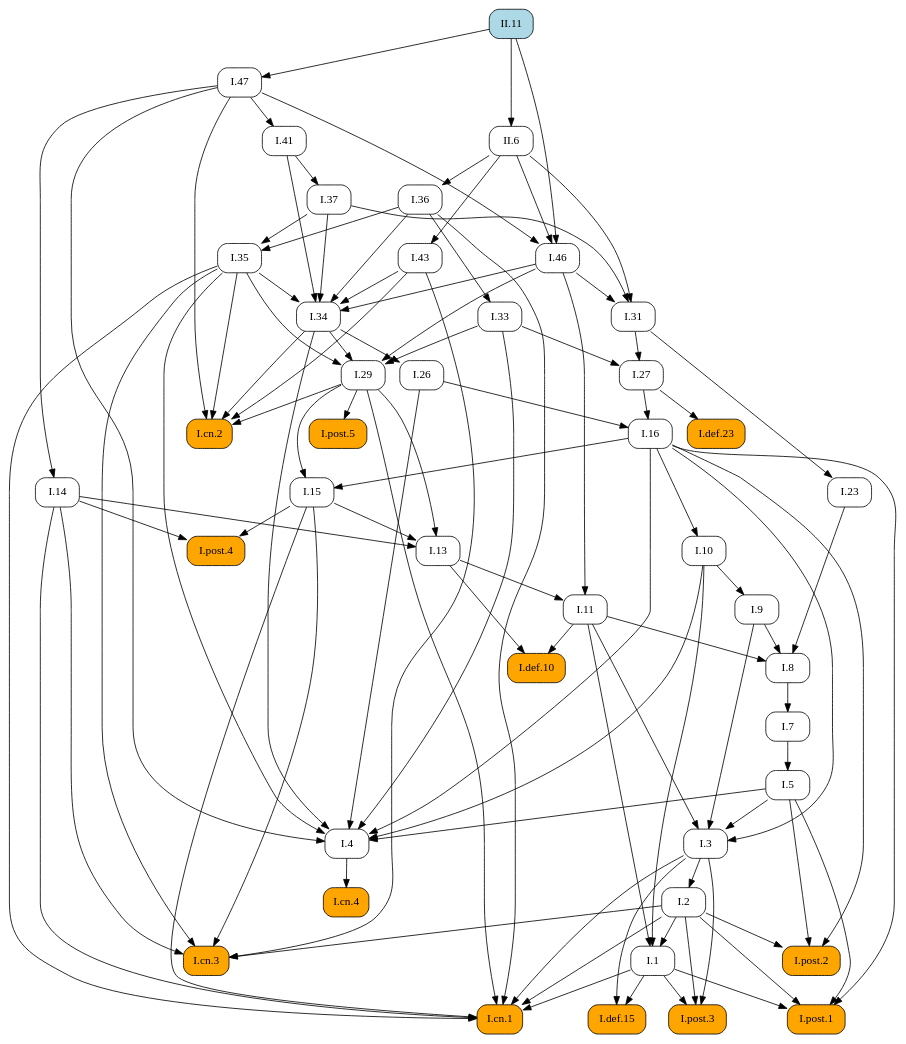
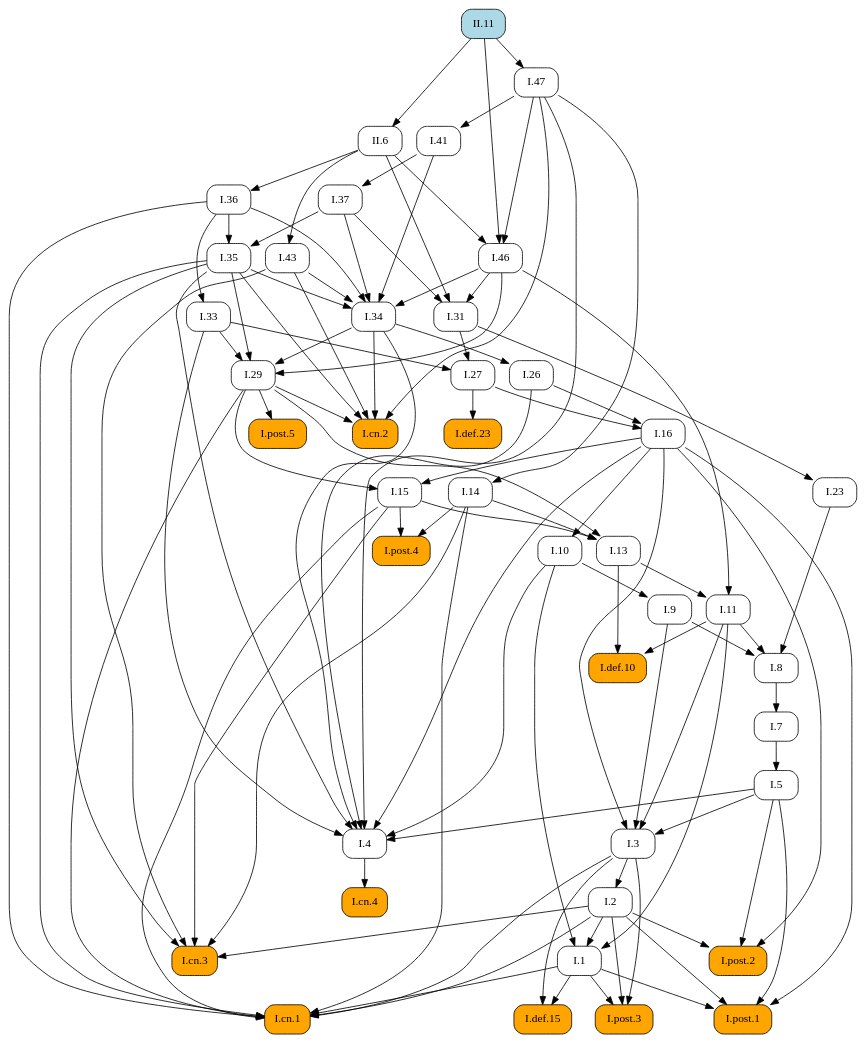
The diagram in docsrc/elements2/II/11/index.rst (geometor/elements), drawn with Graphviz before and after one commit. The commit also changed other lines of this file and 171 other files, not shown here.

```diff
--- a/docsrc/elements2/II/11/index.rst
+++ b/docsrc/elements2/II/11/index.rst
@@ -88,87 +88,126 @@
    digraph {
      rankdir="TB";
      node [shape=box, style=rounded];
+     "I.8" [URL="/elements2/I/8/", target="_top"];
+     "I.46" [URL="/elements2/I/46/", target="_top"];
+     "I.36" [URL="/elements2/I/36/", target="_top"];
+     "I.47" [URL="/elements2/I/47/", target="_top"];
+     "I.14" [URL="/elements2/I/14/", target="_top"];
+     "I.post.1" [style="rounded,filled", fillcolor=orange, URL="/elements2/I/post.1/", target="_top"];
+     "I.33" [URL="/elements2/I/33/", target="_top"];
+     "I.5" [URL="/elements2/I/5/", target="_top"];
+     "I.post.5" [style="rounded,filled", fillcolor=orange, URL="/elements2/I/post.5/", target="_top"];
+     "I.def.10" [style="rounded,filled", fillcolor=orange, URL="/elements2/I/def.10/", target="_top"];
+     "I.cn.2" [style="rounded,filled", fillcolor=orange, URL="/elements2/I/cn.2/", target="_top"];
+     "II.11" [style="rounded,filled", fillcolor=lightblue, URL="/elements2/II/11/", target="_top"];
+     "I.def.15" [style="rounded,filled", fillcolor=orange, URL="/elements2/I/def.15/", target="_top"];
+     "I.31" [URL="/elements2/I/31/", target="_top"];
+     "I.11" [URL="/elements2/I/11/", target="_top"];
+     "I.43" [URL="/elements2/I/43/", target="_top"];
+     "I.3" [URL="/elements2/I/3/", target="_top"];
+     "I.def.23" [style="rounded,filled", fillcolor=orange, URL="/elements2/I/def.23/", target="_top"];
+     "I.post.2" [style="rounded,filled", fillcolor=orange, URL="/elements2/I/post.2/", target="_top"];
+     "I.26" [URL="/elements2/I/26/", target="_top"];
+     "I.1" [URL="/elements2/I/1/", target="_top"];
+     "I.cn.3" [style="rounded,filled", fillcolor=orange, URL="/elements2/I/cn.3/", target="_top"];
+     "I.cn.4" [style="rounded,filled", fillcolor=orange, URL="/elements2/I/cn.4/", target="_top"];
+     "I.7" [URL="/elements2/I/7/", target="_top"];
+     "I.9" [URL="/elements2/I/9/", target="_top"];
+     "I.cn.1" [style="rounded,filled", fillcolor=orange, URL="/elements2/I/cn.1/", target="_top"];
+     "I.29" [URL="/elements2/I/29/", target="_top"];
+     "I.post.4" [style="rounded,filled", fillcolor=orange, URL="/elements2/I/post.4/", target="_top"];
+     "I.16" [URL="/elements2/I/16/", target="_top"];
+     "I.13" [URL="/elements2/I/13/", target="_top"];
+     "I.41" [URL="/elements2/I/41/", target="_top"];
+     "I.35" [URL="/elements2/I/35/", target="_top"];
+     "I.2" [URL="/elements2/I/2/", target="_top"];
+     "II.6" [URL="/elements2/II/6/", target="_top"];
+     "I.27" [URL="/elements2/I/27/", target="_top"];
      "I.37" [URL="/elements2/I/37/", target="_top"];
-     "I.def.10" [style="rounded,filled", fillcolor=orange, URL="/elements2/I/def.10/", target="_top"];
-     "I.46" [URL="/elements2/I/46/", target="_top"];
-     "I.47" [URL="/elements2/I/47/", target="_top"];
+     "I.4" [URL="/elements2/I/4/", target="_top"];
+     "I.10" [URL="/elements2/I/10/", target="_top"];
+     "I.15" [URL="/elements2/I/15/", target="_top"];
      "I.34" [URL="/elements2/I/34/", target="_top"];
-     "II.11" [style="rounded,filled", fillcolor=lightblue, URL="/elements2/II/11/", target="_top"];
-     "I.cn.4" [style="rounded,filled", fillcolor=orange, URL="/elements2/I/cn.4/", target="_top"];
-     "I.def.15" [style="rounded,filled", fillcolor=orange, URL="/elements2/I/def.15/", target="_top"];
+     "I.23" [URL="/elements2/I/23/", target="_top"];
      "I.post.3" [style="rounded,filled", fillcolor=orange, URL="/elements2/I/post.3/", target="_top"];
-     "I.41" [URL="/elements2/I/41/", target="_top"];
-     "I.36" [URL="/elements2/I/36/", target="_top"];
-     "I.27" [URL="/elements2/I/27/", target="_top"];
-     "I.post.2" [style="rounded,filled", fillcolor=orange, URL="/elements2/I/post.2/", target="_top"];
-     "I.13" [URL="/elements2/I/13/", target="_top"];
-     "I.10" [URL="/elements2/I/10/", target="_top"];
-     "I.post.1" [style="rounded,filled", fillcolor=orange, URL="/elements2/I/post.1/", target="_top"];
-     "I.7" [URL="/elements2/I/7/", target="_top"];
-     "II.6" [URL="/elements2/II/6/", target="_top"];
-     "I.14" [URL="/elements2/I/14/", target="_top"];
-     "I.11" [URL="/elements2/I/11/", target="_top"];
-     "I.4" [URL="/elements2/I/4/", target="_top"];
-     "I.16" [URL="/elements2/I/16/", target="_top"];
-     "I.def.23" [style="rounded,filled", fillcolor=orange, URL="/elements2/I/def.23/", target="_top"];
-     "I.9" [URL="/elements2/I/9/", target="_top"];
-     "I.8" [URL="/elements2/I/8/", target="_top"];
-     "I.cn.2" [style="rounded,filled", fillcolor=orange, URL="/elements2/I/cn.2/", target="_top"];
-     "I.15" [URL="/elements2/I/15/", target="_top"];
-     "I.post.5" [style="rounded,filled", fillcolor=orange, URL="/elements2/I/post.5/", target="_top"];
-     "I.23" [URL="/elements2/I/23/", target="_top"];
-     "I.26" [URL="/elements2/I/26/", target="_top"];
-     "I.2" [URL="/elements2/I/2/", target="_top"];
-     "I.1" [URL="/elements2/I/1/", target="_top"];
-     "I.35" [URL="/elements2/I/35/", target="_top"];
-     "I.43" [URL="/elements2/I/43/", target="_top"];
-     "I.33" [URL="/elements2/I/33/", target="_top"];
-     "I.31" [URL="/elements2/I/31/", target="_top"];
-     "I.post.4" [style="rounded,filled", fillcolor=orange, URL="/elements2/I/post.4/", target="_top"];
-     "I.cn.1" [style="rounded,filled", fillcolor=orange, URL="/elements2/I/cn.1/", target="_top"];
-     "I.3" [URL="/elements2/I/3/", target="_top"];
-     "I.cn.3" [style="rounded,filled", fillcolor=orange, URL="/elements2/I/cn.3/", target="_top"];
-     "I.29" [URL="/elements2/I/29/", target="_top"];
-     "I.5" [URL="/elements2/I/5/", target="_top"];
-     "I.41" -> "I.37";
-     "I.11" -> "I.def.10";
-     "I.13" -> "I.def.10";
+     "I.9" -> "I.8";
+     "I.11" -> "I.8";
+     "I.23" -> "I.8";
      "I.47" -> "I.46";
      "II.6" -> "I.46";
      "II.11" -> "I.46";
+     "II.6" -> "I.36";
      "II.11" -> "I.47";
-     "I.35" -> "I.34";
-     "I.36" -> "I.34";
-     "I.37" -> "I.34";
-     "I.41" -> "I.34";
-     "I.43" -> "I.34";
-     "I.46" -> "I.34";
-     "I.4" -> "I.cn.4";
-     "I.1" -> "I.def.15";
-     "I.3" -> "I.def.15";
-     "I.1" -> "I.post.3";
-     "I.2" -> "I.post.3";
-     "I.3" -> "I.post.3";
-     "I.47" -> "I.41";
-     "II.6" -> "I.36";
-     "I.31" -> "I.27";
-     "I.33" -> "I.27";
-     "I.2" -> "I.post.2";
-     "I.5" -> "I.post.2";
-     "I.16" -> "I.post.2";
-     "I.14" -> "I.13";
-     "I.15" -> "I.13";
-     "I.29" -> "I.13";
-     "I.16" -> "I.10";
+     "I.47" -> "I.14";
      "I.1" -> "I.post.1";
      "I.2" -> "I.post.1";
      "I.5" -> "I.post.1";
      "I.16" -> "I.post.1";
-     "I.8" -> "I.7";
-     "II.11" -> "II.6";
-     "I.47" -> "I.14";
+     "I.36" -> "I.33";
+     "I.7" -> "I.5";
+     "I.29" -> "I.post.5";
+     "I.11" -> "I.def.10";
+     "I.13" -> "I.def.10";
+     "I.29" -> "I.cn.2";
+     "I.34" -> "I.cn.2";
+     "I.35" -> "I.cn.2";
+     "I.43" -> "I.cn.2";
+     "I.47" -> "I.cn.2";
+     "I.1" -> "I.def.15";
+     "I.3" -> "I.def.15";
+     "I.37" -> "I.31";
+     "I.46" -> "I.31";
+     "II.6" -> "I.31";
      "I.13" -> "I.11";
      "I.46" -> "I.11";
+     "II.6" -> "I.43";
+     "I.5" -> "I.3";
+     "I.9" -> "I.3";
+     "I.11" -> "I.3";
+     "I.16" -> "I.3";
+     "I.27" -> "I.def.23";
+     "I.2" -> "I.post.2";
+     "I.5" -> "I.post.2";
+     "I.16" -> "I.post.2";
+     "I.34" -> "I.26";
+     "I.2" -> "I.1";
+     "I.10" -> "I.1";
+     "I.11" -> "I.1";
+     "I.2" -> "I.cn.3";
+     "I.14" -> "I.cn.3";
+     "I.15" -> "I.cn.3";
+     "I.35" -> "I.cn.3";
+     "I.43" -> "I.cn.3";
+     "I.4" -> "I.cn.4";
+     "I.8" -> "I.7";
+     "I.10" -> "I.9";
+     "I.1" -> "I.cn.1";
+     "I.2" -> "I.cn.1";
+     "I.3" -> "I.cn.1";
+     "I.14" -> "I.cn.1";
+     "I.15" -> "I.cn.1";
+     "I.29" -> "I.cn.1";
+     "I.35" -> "I.cn.1";
+     "I.36" -> "I.cn.1";
+     "I.33" -> "I.29";
+     "I.34" -> "I.29";
+     "I.35" -> "I.29";
+     "I.46" -> "I.29";
+     "I.14" -> "I.post.4";
+     "I.15" -> "I.post.4";
+     "I.26" -> "I.16";
+     "I.27" -> "I.16";
+     "I.14" -> "I.13";
+     "I.15" -> "I.13";
+     "I.29" -> "I.13";
+     "I.47" -> "I.41";
+     "I.36" -> "I.35";
+     "I.37" -> "I.35";
+     "I.3" -> "I.2";
+     "II.11" -> "II.6";
+     "I.31" -> "I.27";
+     "I.33" -> "I.27";
+     "I.41" -> "I.37";
      "I.5" -> "I.4";
      "I.10" -> "I.4";
      "I.16" -> "I.4";
@@ -177,56 +216,17 @@
      "I.34" -> "I.4";
      "I.35" -> "I.4";
      "I.47" -> "I.4";
-     "I.26" -> "I.16";
-     "I.27" -> "I.16";
-     "I.27" -> "I.def.23";
-     "I.10" -> "I.9";
-     "I.9" -> "I.8";
-     "I.11" -> "I.8";
-     "I.23" -> "I.8";
-     "I.29" -> "I.cn.2";
-     "I.34" -> "I.cn.2";
-     "I.35" -> "I.cn.2";
-     "I.43" -> "I.cn.2";
-     "I.47" -> "I.cn.2";
+     "I.16" -> "I.10";
      "I.16" -> "I.15";
      "I.29" -> "I.15";
-     "I.29" -> "I.post.5";
+     "I.35" -> "I.34";
+     "I.36" -> "I.34";
+     "I.37" -> "I.34";
+     "I.41" -> "I.34";
+     "I.43" -> "I.34";
+     "I.46" -> "I.34";
      "I.31" -> "I.23";
-     "I.34" -> "I.26";
-     "I.3" -> "I.2";
-     "I.2" -> "I.1";
-     "I.10" -> "I.1";
-     "I.11" -> "I.1";
-     "I.36" -> "I.35";
-     "I.37" -> "I.35";
-     "II.6" -> "I.43";
-     "I.36" -> "I.33";
-     "I.37" -> "I.31";
-     "I.46" -> "I.31";
-     "II.6" -> "I.31";
-     "I.14" -> "I.post.4";
-     "I.15" -> "I.post.4";
-     "I.1" -> "I.cn.1";
-     "I.2" -> "I.cn.1";
-     "I.3" -> "I.cn.1";
-     "I.14" -> "I.cn.1";
-     "I.15" -> "I.cn.1";
-     "I.29" -> "I.cn.1";
-     "I.35" -> "I.cn.1";
-     "I.36" -> "I.cn.1";
-     "I.5" -> "I.3";
-     "I.9" -> "I.3";
-     "I.11" -> "I.3";
-     "I.16" -> "I.3";
-     "I.2" -> "I.cn.3";
-     "I.14" -> "I.cn.3";
-     "I.15" -> "I.cn.3";
-     "I.35" -> "I.cn.3";
-     "I.43" -> "I.cn.3";
-     "I.33" -> "I.29";
-     "I.34" -> "I.29";
-     "I.35" -> "I.29";
-     "I.46" -> "I.29";
-     "I.7" -> "I.5";
+     "I.1" -> "I.post.3";
+     "I.2" -> "I.post.3";
+     "I.3" -> "I.post.3";
    }
```
